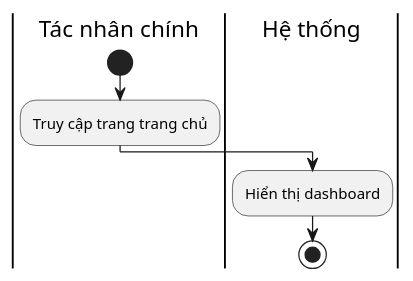
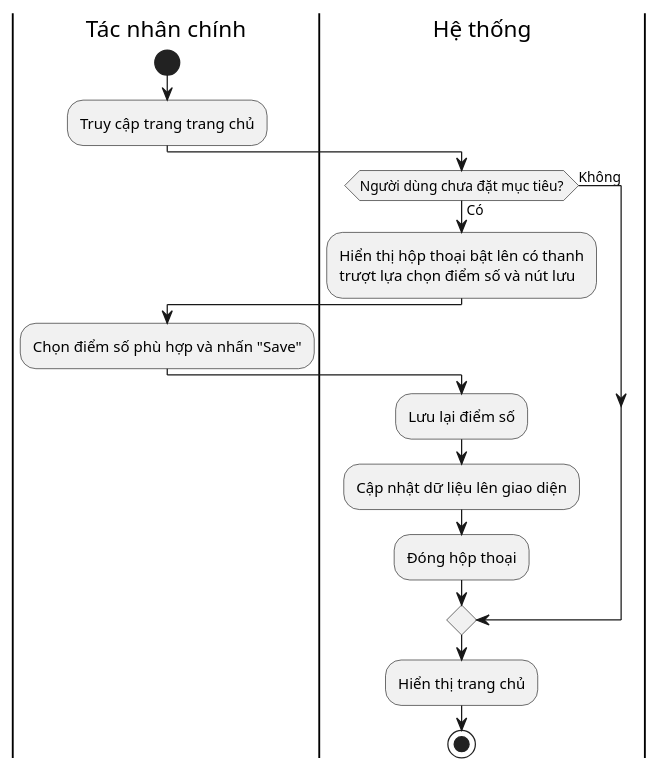
Before and after one commit to ielts-writing-org/ielts-fullstack: the diagram in docs/xem-dashboard-tong-quan.act.puml, drawn with PlantUML. The commit also changed 28 other files, not shown here.

First line of the commit message:
docs: add comprehensive UML diagrams for practice session management

```diff
--- a/docs/xem-dashboard-tong-quan.act.puml
+++ b/docs/xem-dashboard-tong-quan.act.puml
@@ -1,13 +1,26 @@
 @startuml Xem Dashboard tổng quan ACT
 
 skinparam DefaultFontName Segoe UI
 
 |Tác nhân chính|
 start
 :Truy cập trang trang chủ;
 
 |Hệ thống|
-:Hiển thị dashboard;
+if (Người dùng chưa đặt mục tiêu?) then (Có)
+	:Hiển thị hộp thoại bật lên có thanh\ntrượt lựa chọn điểm số và nút lưu;
+
+	|Tác nhân chính|
+	:Chọn điểm số phù hợp và nhấn "Save";
+
+	|Hệ thống|
+	:Lưu lại điểm số;
+	:Cập nhật dữ liệu lên giao diện;
+	:Đóng hộp thoại;
+else (Không)
+endif
+
+:Hiển thị trang chủ;
 stop
 
 @enduml
```
